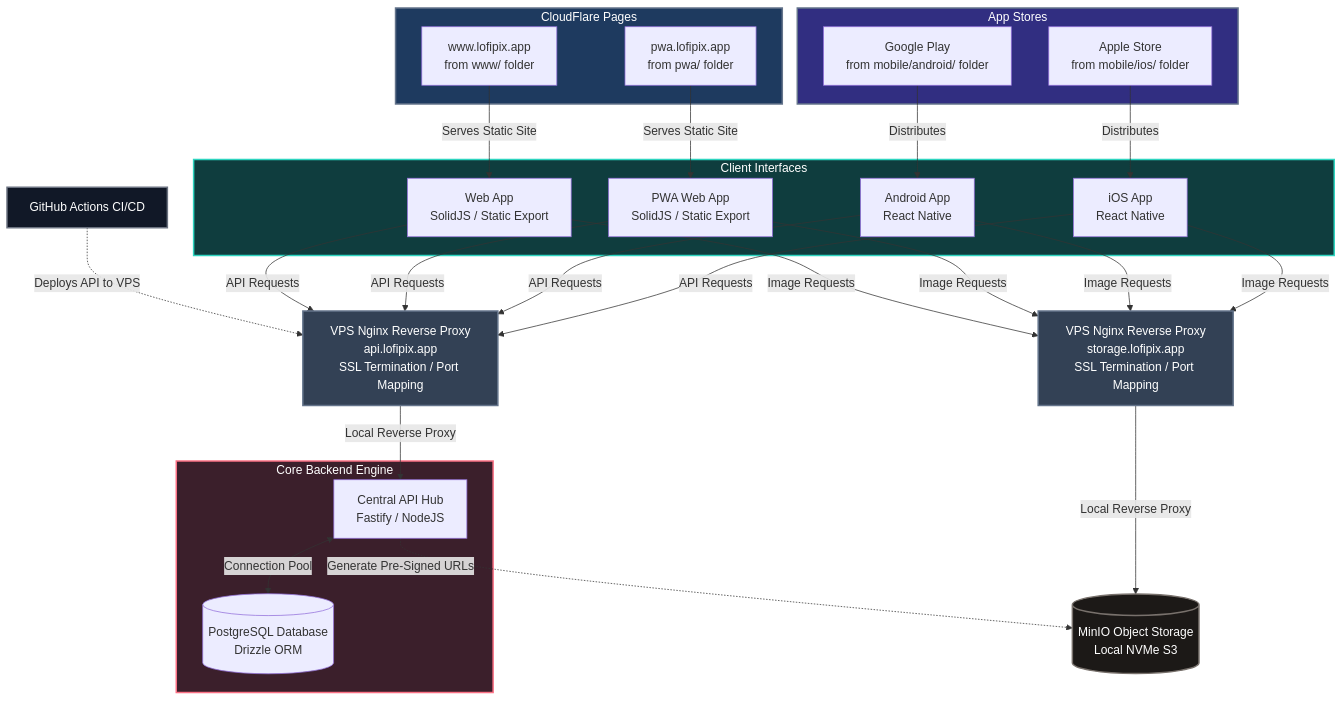
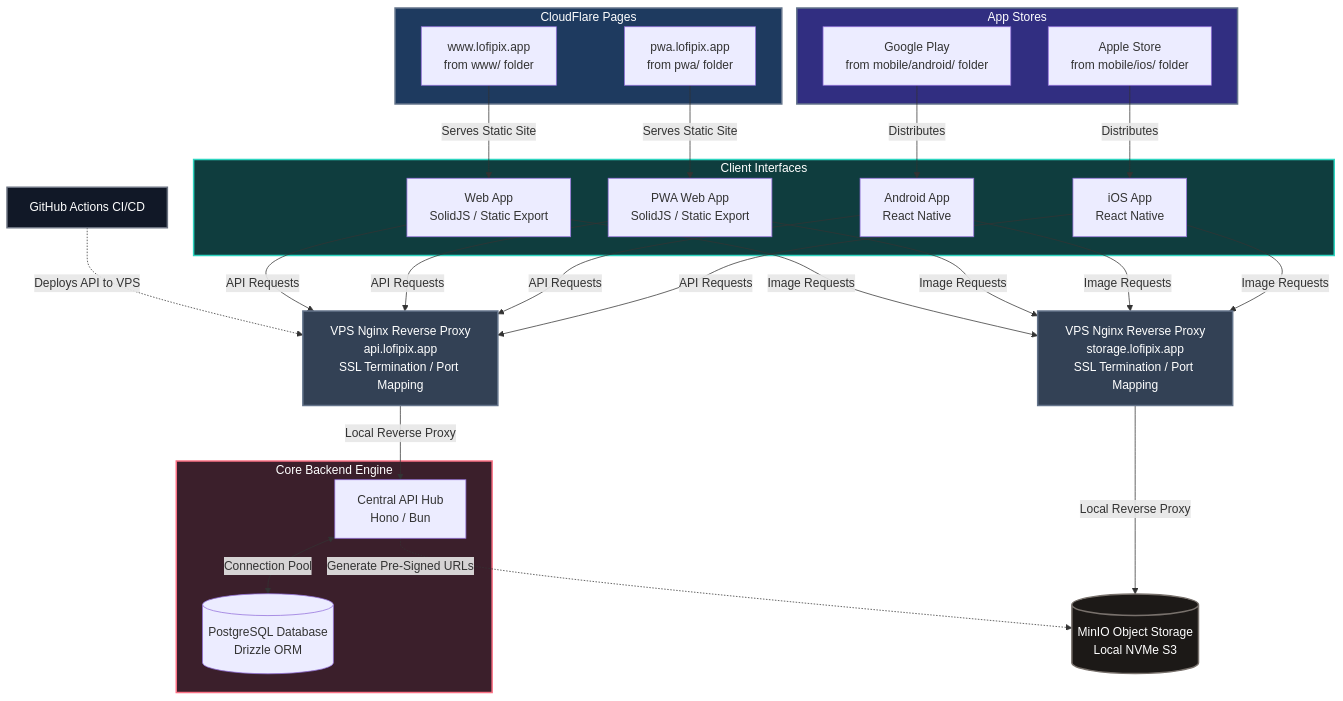
The diagram in README.md (pchilton/lofipix), drawn with Mermaid before and after one commit. The commit also changed other lines of this file and 9 other files, not shown here.

Commit message:
switch from NodeJS to bun

````diff
--- a/README.md
+++ b/README.md
@@ -5,63 +5,63 @@
 ```mermaid
 graph TD
     %% Static Hosting
     subgraph CloudFlare [CloudFlare Pages]
         CFWeb[www.lofipix.app<br>from www/ folder]
         CFPWA[pwa.lofipix.app<br>from pwa/ folder]
     end
 
     %% App Stores
     subgraph AppStores [App Stores]
         GooglePlay[Google Play<br>from mobile/android/ folder]
         AppleStore[Apple Store<br>from mobile/ios/ folder]
     end
 
     %% Client Tier
     subgraph ClientInterfaces [Client Interfaces]
         Web[Web App<br>SolidJS / Static Export]
         PWA[PWA Web App<br>SolidJS / Static Export]
         Android[Android App<br>React Native]
         iOS[iOS App<br>React Native]
     end
 
     %% Network Entry
     Proxy[VPS Nginx Reverse Proxy<br>api.lofipix.app<br>SSL Termination / Port Mapping]
 
     %% Deployment
     GHA[GitHub Actions CI/CD] -.->|Deploys API to VPS| Proxy
 
     %% Core Services
     subgraph CoreBackend [Core Backend Engine]
-        API[Central API Hub<br>Fastify / NodeJS]
+        API[Central API Hub<br>Hono / Bun]
         DB[(PostgreSQL Database<br>Drizzle ORM)]
     end
 
     StorageProxy[VPS Nginx Reverse Proxy<br>storage.lofipix.app<br>SSL Termination / Port Mapping]
 
     Storage[(MinIO Object Storage<br>Local NVMe S3)]
 
     %% Hosting Routes
     CFWeb -->|Serves Static Site| Web
     CFPWA -->|Serves Static Site| PWA
     GooglePlay -->|Distributes| Android
     AppleStore -->|Distributes| iOS
 
     %% Traffic Routes
     Web & PWA & Android & iOS -->|API Requests| Proxy
     Web & PWA & Android & iOS -->|Image Requests| StorageProxy
     Proxy -->|Local Reverse Proxy| API
     API <-->|Connection Pool| DB
 
     API -.->|Generate Pre-Signed URLs| Storage
     StorageProxy -->|Local Reverse Proxy| Storage
 
     %% Layout Classes for Styling
     style CloudFlare fill:#1e3a5f,stroke:#64748b,stroke-width:2px,color:#fff
     style AppStores fill:#312e81,stroke:#64748b,stroke-width:2px,color:#fff
     style ClientInterfaces fill:#0f3d3e,stroke:#2dd4bf,stroke-width:2px,color:#fff
     style CoreBackend fill:#3b1f2b,stroke:#fb7185,stroke-width:2px,color:#fff
     style Proxy fill:#334155,stroke:#64748b,stroke-width:2px,color:#fff
     style StorageProxy fill:#334155,stroke:#64748b,stroke-width:2px,color:#fff
     style Storage fill:#1c1917,stroke:#78716c,stroke-width:2px,color:#fff
     style GHA fill:#111827,stroke:#6b7280,stroke-width:2px,color:#fff
 ```
````
